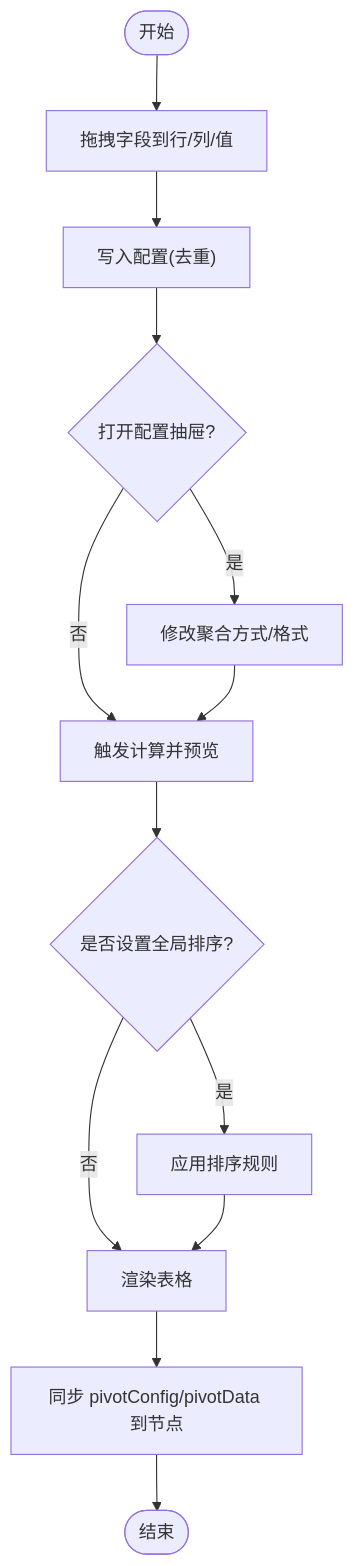
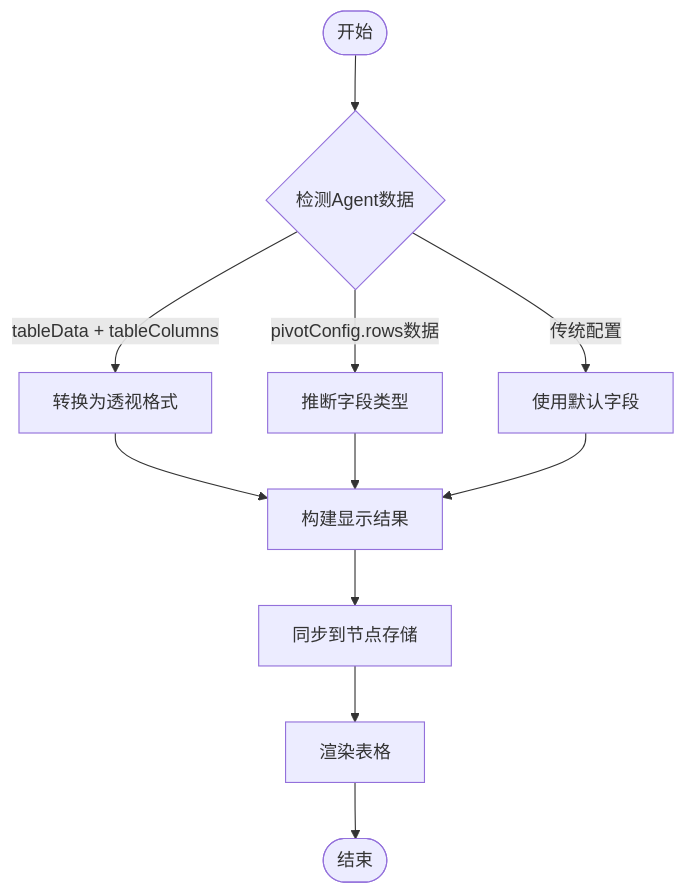
Before and after one commit to KunLabAI/KunFlix: the third of 4 diagrams in .qoder/repowiki/zh/content/前端组件系统/画布编辑器/数据透视系统.md, drawn with Mermaid. The commit also changed other lines of this file and 5 other files, not shown here.

````diff
--- a/.qoder/repowiki/zh/content/前端组件系统/画布编辑器/数据透视系统.md
+++ b/.qoder/repowiki/zh/content/前端组件系统/画布编辑器/数据透视系统.md
@@ -132,15 +126,13 @@
 ```mermaid
 flowchart TD
-Start(["开始"]) --> Drag["拖拽字段到行/列/值"]
-Drag --> Drop["写入配置(去重)"]
-Drop --> OpenDrawer{"打开配置抽屉?"}
-OpenDrawer --> |是| EditAgg["修改聚合方式/格式"]
-OpenDrawer --> |否| Preview["触发计算并预览"]
-EditAgg --> Preview
-Preview --> Sort{"是否设置全局排序?"}
-Sort --> |是| ApplySort["应用排序规则"]
-Sort --> |否| Render["渲染表格"]
-ApplySort --> Render
-Render --> Persist["同步 pivotConfig/pivotData 到节点"]
-Persist --> End(["结束"])
+Start(["开始"]) --> Detect{"检测Agent数据"}
+Detect --> |tableData + tableColumns| Convert["转换为透视格式"]
+Detect --> |pivotConfig.rows数据| Infer["推断字段类型"]
+Detect --> |传统配置| Fallback["使用默认字段"]
+Convert --> Build["构建显示结果"]
+Infer --> Build
+Fallback --> Build
+Build --> Sync["同步到节点存储"]
+Sync --> Render["渲染表格"]
+Render --> End(["结束"])
 ```
````
